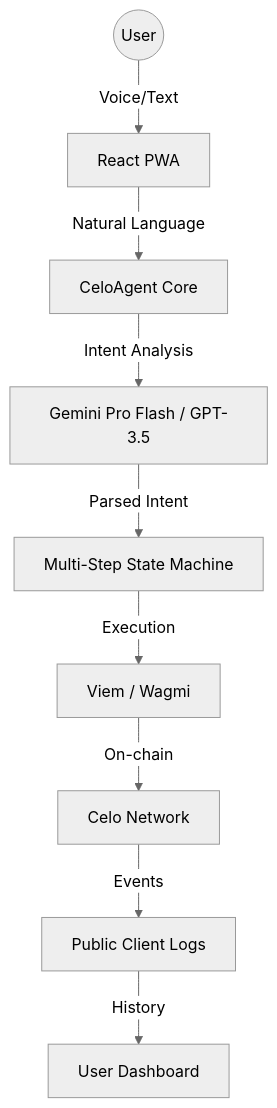
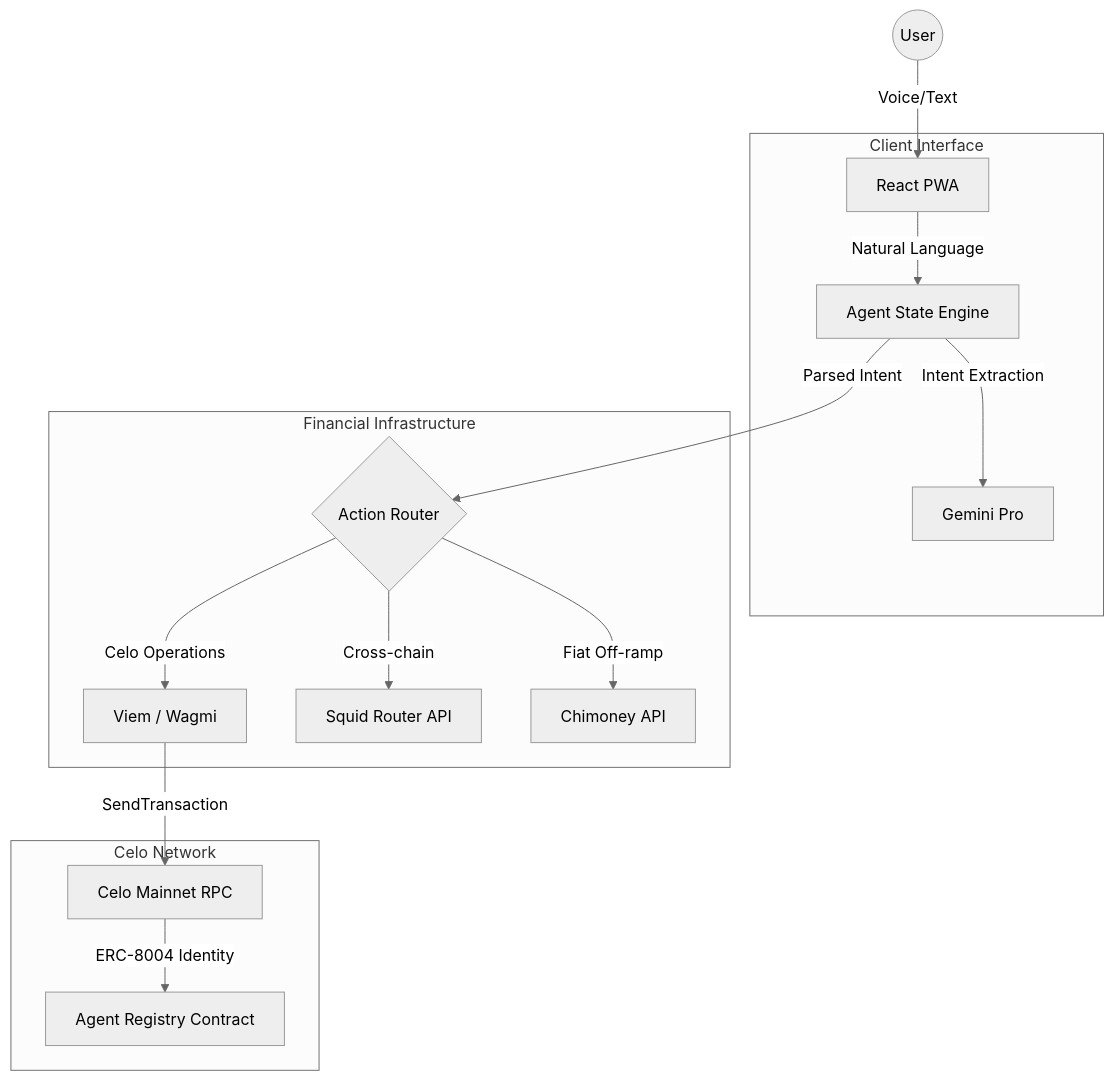
One commit to southenempire/celo-agent-mobile changed the diagram in README.md. Above: the diagram before and after it, drawn with Mermaid (neutral theme). The commit also changed other lines of this file and 14 other files, not shown here.

````diff
--- a/README.md
+++ b/README.md
@@ -22,11 +36,21 @@
 ```mermaid
 graph TD
     User((User)) -->|Voice/Text| UI[React PWA]
-    UI -->|Natural Language| AgentCore[CeloAgent Core]
-    AgentCore -->|Intent Analysis| LLM[Gemini Pro Flash / GPT-3.5]
-    LLM -->|Parsed Intent| StateMachine[Multi-Step State Machine]
-    StateMachine -->|Execution| Viem[Viem / Wagmi]
-    Viem -->|On-chain| Celo[Celo Network]
-    Celo -->|Events| Indexer[Public Client Logs]
-    Indexer -->|History| Dashboard[User Dashboard]
+    
+    subgraph Frontend [Client Interface]
+        UI -->|Natural Language| AgentCore[Agent State Engine]
+        AgentCore -->|Intent Extraction| LLM[Gemini Pro]
+    end
+    
+    subgraph Execution Routing [Financial Infrastructure]
+        AgentCore -->|Parsed Intent| Router{Action Router}
+        Router -->|Celo Operations| Wagmi[Viem / Wagmi]
+        Router -->|Cross-chain| BridgeService[Squid Router API]
+        Router -->|Fiat Off-ramp| PayoutService[Chimoney API]
+    end
+    
+    subgraph On-Chain [Celo Network]
+        Wagmi -->|SendTransaction| CeloRPC[Celo Mainnet RPC]
+        CeloRPC -->|ERC-8004 Identity| Registry[Agent Registry Contract]
+    end
 ```
````
